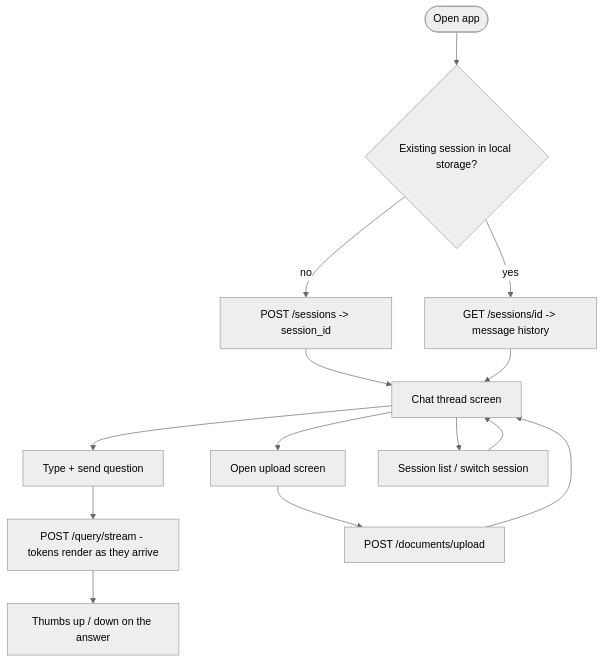
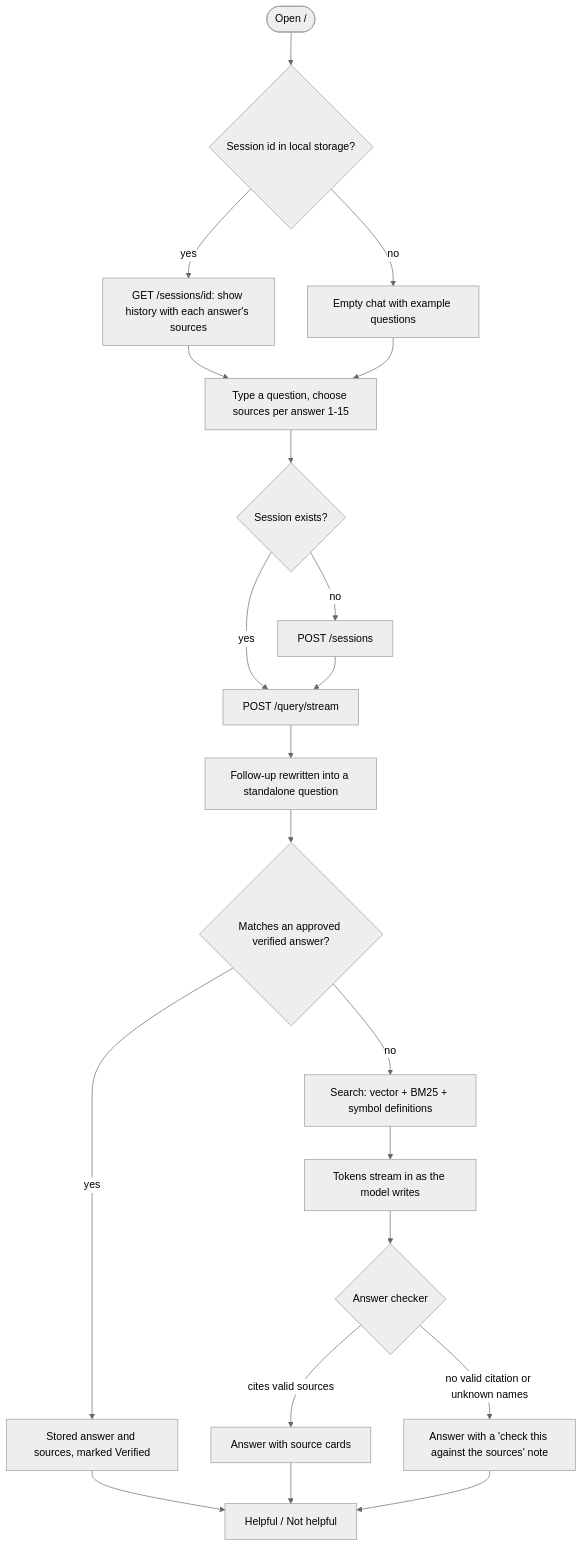
One commit to Ankith1321/Sentinel changed the first of 2 diagrams in docs/03_APP_FLOW.md. Above: the diagram before and after it, drawn with Mermaid (neutral theme). The commit also changed other lines of this file and 12 other files, not shown here.

````diff
--- a/docs/03_APP_FLOW.md
+++ b/docs/03_APP_FLOW.md
@@ -26,16 +19,23 @@
 ```mermaid
 flowchart TD
-    Start([Open app]) --> Check{Existing session in local storage?}
-    Check -->|no| NewSession["POST /sessions -> session_id"]
-    Check -->|yes| LoadHistory["GET /sessions/id -> message history"]
-    NewSession --> Chat[Chat thread screen]
-    LoadHistory --> Chat
-    Chat --> Ask[Type + send question]
-    Ask --> Stream["POST /query/stream - tokens render as they arrive"]
-    Stream --> Feedback[Thumbs up / down on the answer]
-    Chat --> Upload[Open upload screen]
-    Upload --> PostDoc["POST /documents/upload"]
-    PostDoc --> Chat
-    Chat --> History[Session list / switch session]
-    History --> Chat
+    Start([Open /]) --> Restore{Session id in local storage?}
+    Restore -->|yes| Load["GET /sessions/id: show history with each answer's sources"]
+    Restore -->|no| Empty[Empty chat with example questions]
+    Load --> Ask
+    Empty --> Ask[Type a question, choose sources per answer 1-15]
+    Ask --> NewSession{"Session exists?"}
+    NewSession -->|no| Create["POST /sessions"]
+    NewSession -->|yes| Stream
+    Create --> Stream["POST /query/stream"]
+    Stream --> Rewrite[Follow-up rewritten into a standalone question]
+    Rewrite --> Match{Matches an approved verified answer?}
+    Match -->|yes| Verified["Stored answer and sources, marked Verified"]
+    Match -->|no| Search["Search: vector + BM25 + symbol definitions"]
+    Search --> Generate["Tokens stream in as the model writes"]
+    Generate --> Check{Answer checker}
+    Check -->|cites valid sources| Done[Answer with source cards]
+    Check -->|no valid citation or unknown names| Flag[Answer with a 'check this against the sources' note]
+    Verified --> Feedback
+    Done --> Feedback[Helpful / Not helpful]
+    Flag --> Feedback
 ```
````
